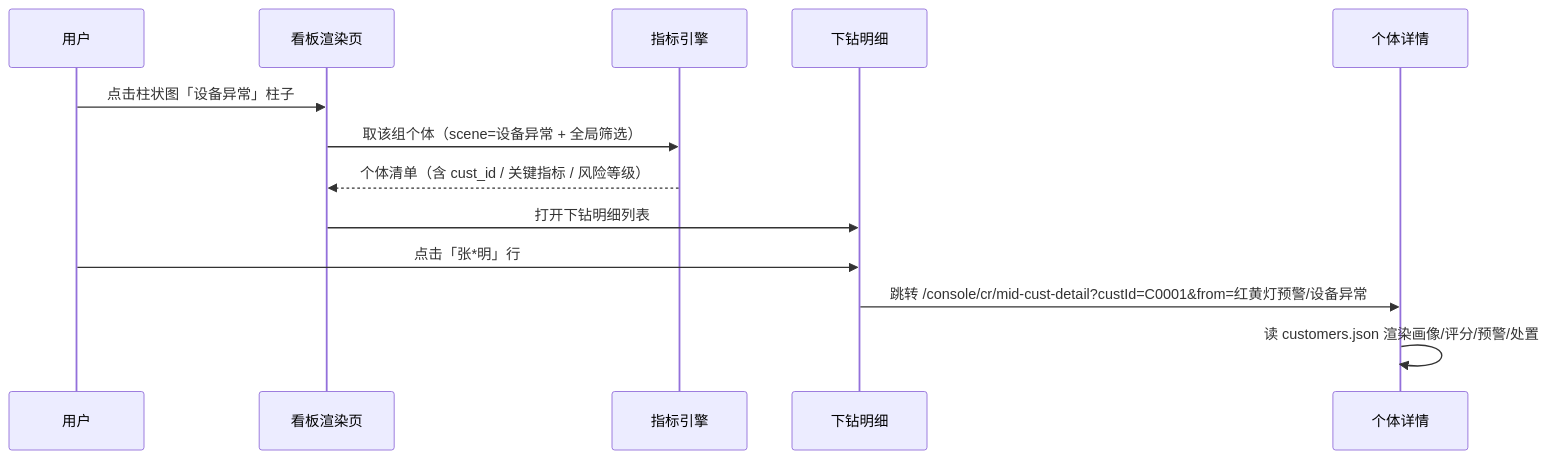
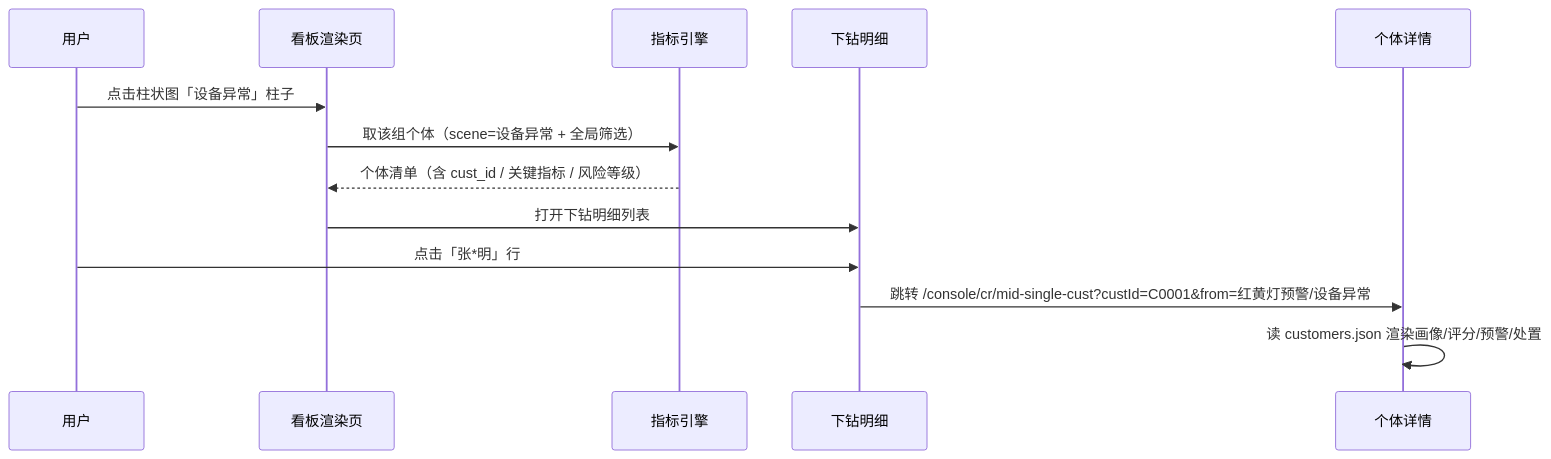
One commit to cangmian2023/zhidun-risk-saas changed the third of 3 diagrams in record/0803-贷中监控BI规划.md. Above: the diagram before and after it, drawn with Mermaid. The commit also changed other lines of this file and 25 other files, not shown here.

````diff
--- a/record/0803-贷中监控BI规划.md
+++ b/record/0803-贷中监控BI规划.md
@@ -265,16 +265,16 @@
 ```mermaid
 sequenceDiagram
     participant U as 用户
     participant R as 看板渲染页
     participant E as 指标引擎
     participant L as 下钻明细
     participant D as 个体详情
 
     U->>R: 点击柱状图「设备异常」柱子
     R->>E: 取该组个体（scene=设备异常 + 全局筛选）
     E-->>R: 个体清单（含 cust_id / 关键指标 / 风险等级）
     R->>L: 打开下钻明细列表
     U->>L: 点击「张*明」行
-    L->>D: 跳转 /console/cr/mid-cust-detail?custId=C0001&from=红黄灯预警/设备异常
+    L->>D: 跳转 /console/cr/mid-single-cust?custId=C0001&from=红黄灯预警/设备异常
     D->>D: 读 customers.json 渲染画像/评分/预警/处置
 ```
````
